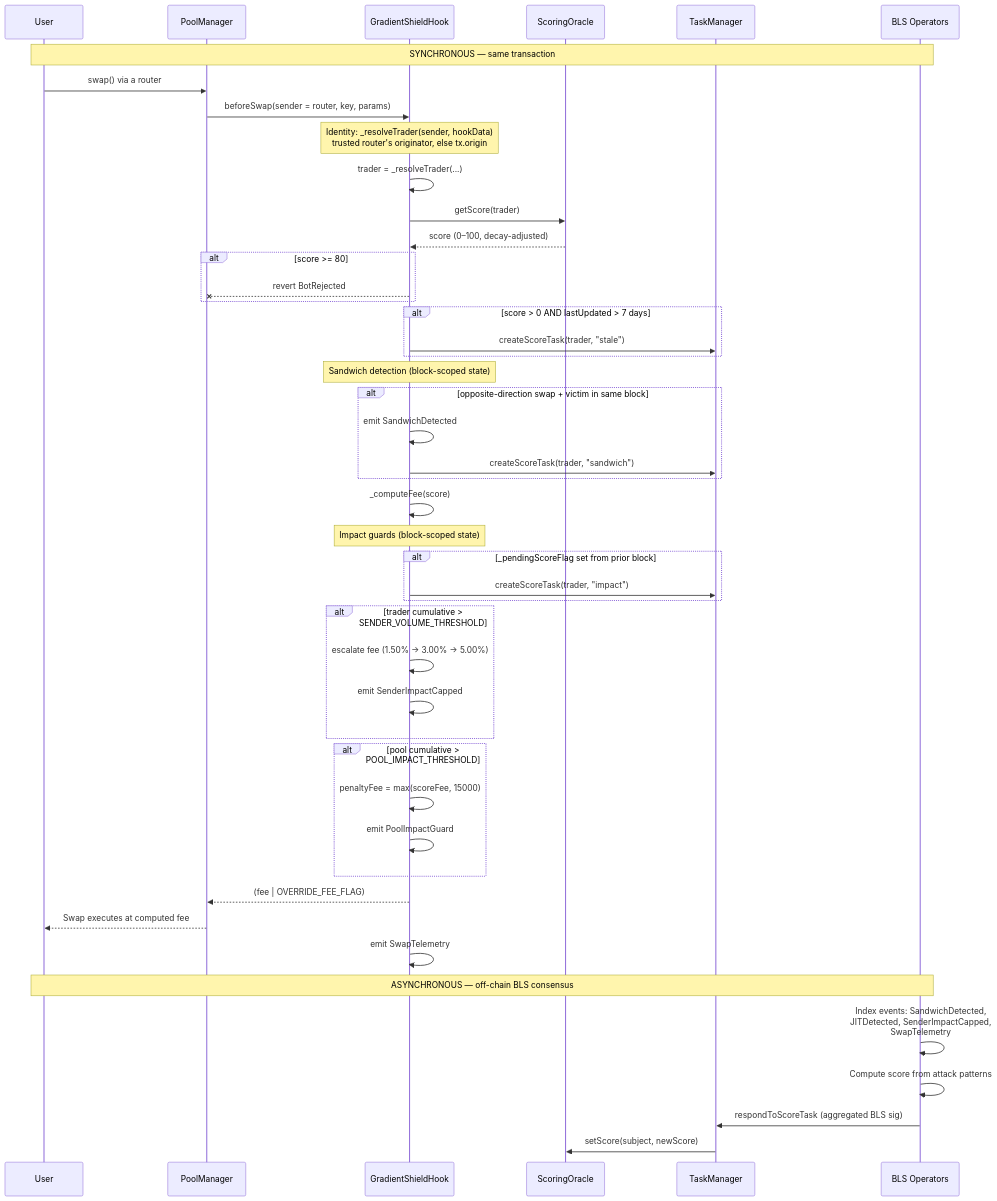
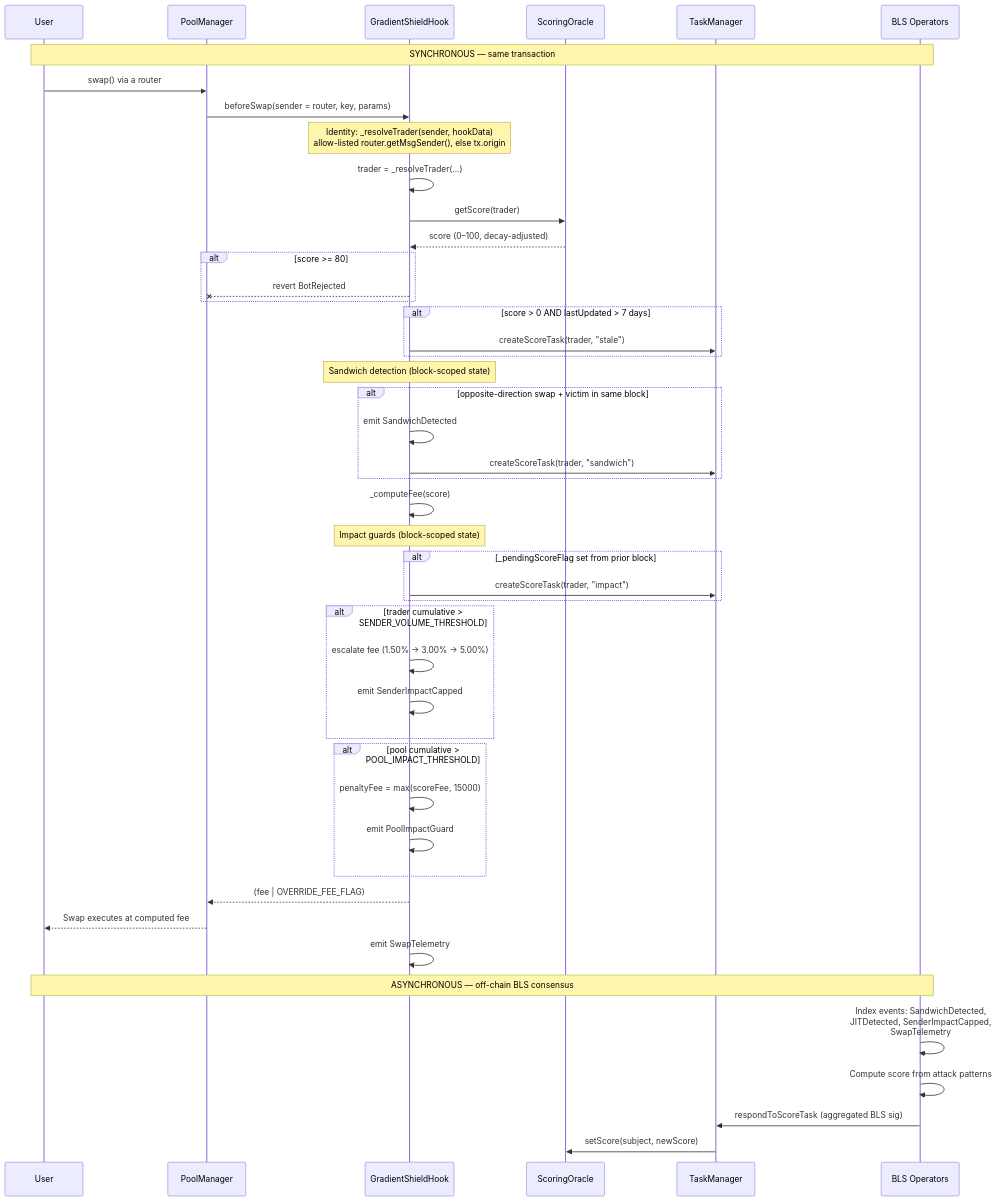
One commit to sivajialla/gradient-shield changed the second of 2 diagrams in README.md. Above: the diagram before and after it, drawn with Mermaid. The commit also changed other lines of this file and 3 other files, not shown here.

````diff
--- a/README.md
+++ b/README.md
@@ -107,61 +107,61 @@
 ```mermaid
 sequenceDiagram
     participant User
     participant PM as PoolManager
     participant Hook as GradientShieldHook
     participant Oracle as ScoringOracle
     participant TM as TaskManager
     participant Ops as BLS Operators
 
     Note over User,Ops: SYNCHRONOUS — same transaction
 
     User->>PM: swap() via a router
     PM->>Hook: beforeSwap(sender = router, key, params)
 
-    Note over Hook: Identity: _resolveTrader(sender, hookData)<br/>trusted router's originator, else tx.origin
+    Note over Hook: Identity: _resolveTrader(sender, hookData)<br/>allow-listed router.getMsgSender(), else tx.origin
     Hook->>Hook: trader = _resolveTrader(...)
 
     Hook->>Oracle: getScore(trader)
     Oracle-->>Hook: score (0–100, decay-adjusted)
 
     alt score >= 80
         Hook--xPM: revert BotRejected
     end
 
     alt score > 0 AND lastUpdated > 7 days
         Hook->>TM: createScoreTask(trader, "stale")
     end
 
     Note over Hook: Sandwich detection (block-scoped state)
     alt opposite-direction swap + victim in same block
         Hook->>Hook: emit SandwichDetected
         Hook->>TM: createScoreTask(trader, "sandwich")
     end
 
     Hook->>Hook: _computeFee(score)
 
     Note over Hook: Impact guards (block-scoped state)
     alt _pendingScoreFlag set from prior block
         Hook->>TM: createScoreTask(trader, "impact")
     end
     alt trader cumulative > SENDER_VOLUME_THRESHOLD
         Hook->>Hook: escalate fee (1.50% → 3.00% → 5.00%)
         Hook->>Hook: emit SenderImpactCapped
     end
     alt pool cumulative > POOL_IMPACT_THRESHOLD
         Hook->>Hook: penaltyFee = max(scoreFee, 15000)
         Hook->>Hook: emit PoolImpactGuard
     end
 
     Hook-->>PM: (fee | OVERRIDE_FEE_FLAG)
     PM-->>User: Swap executes at computed fee
 
     Hook->>Hook: emit SwapTelemetry
 
     Note over User,Ops: ASYNCHRONOUS — off-chain BLS consensus
 
     Ops->>Ops: Index events: SandwichDetected,<br/>JITDetected, SenderImpactCapped,<br/>SwapTelemetry
     Ops->>Ops: Compute score from attack patterns
     Ops->>TM: respondToScoreTask (aggregated BLS sig)
     TM->>Oracle: setScore(subject, newScore)
 ```
````
